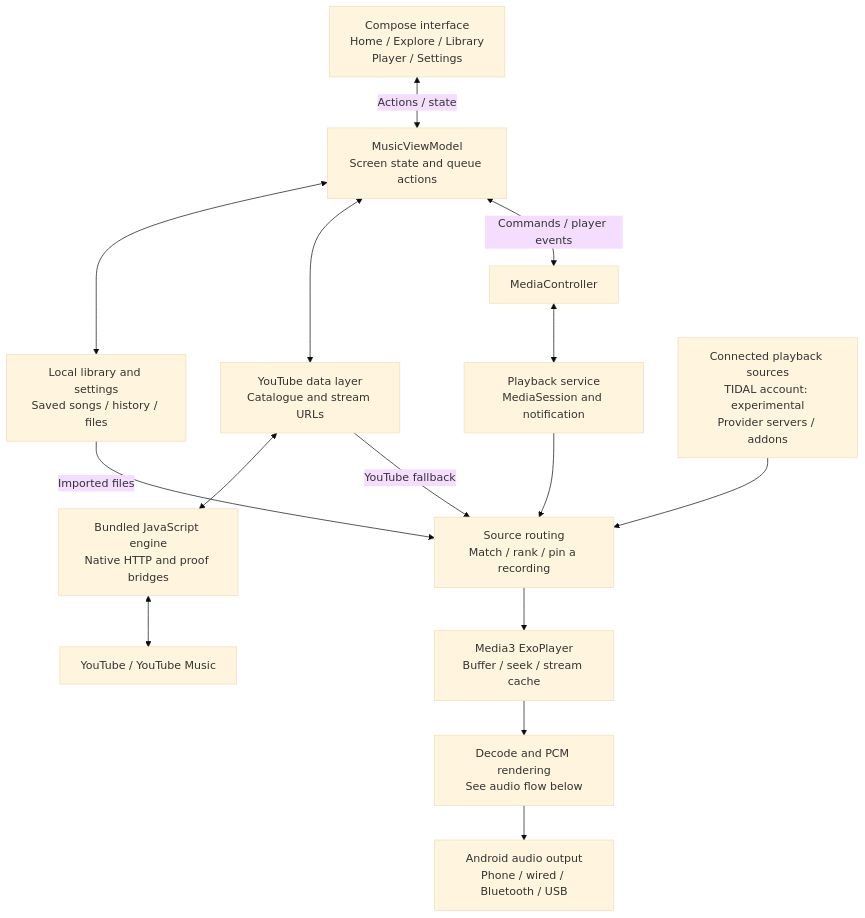
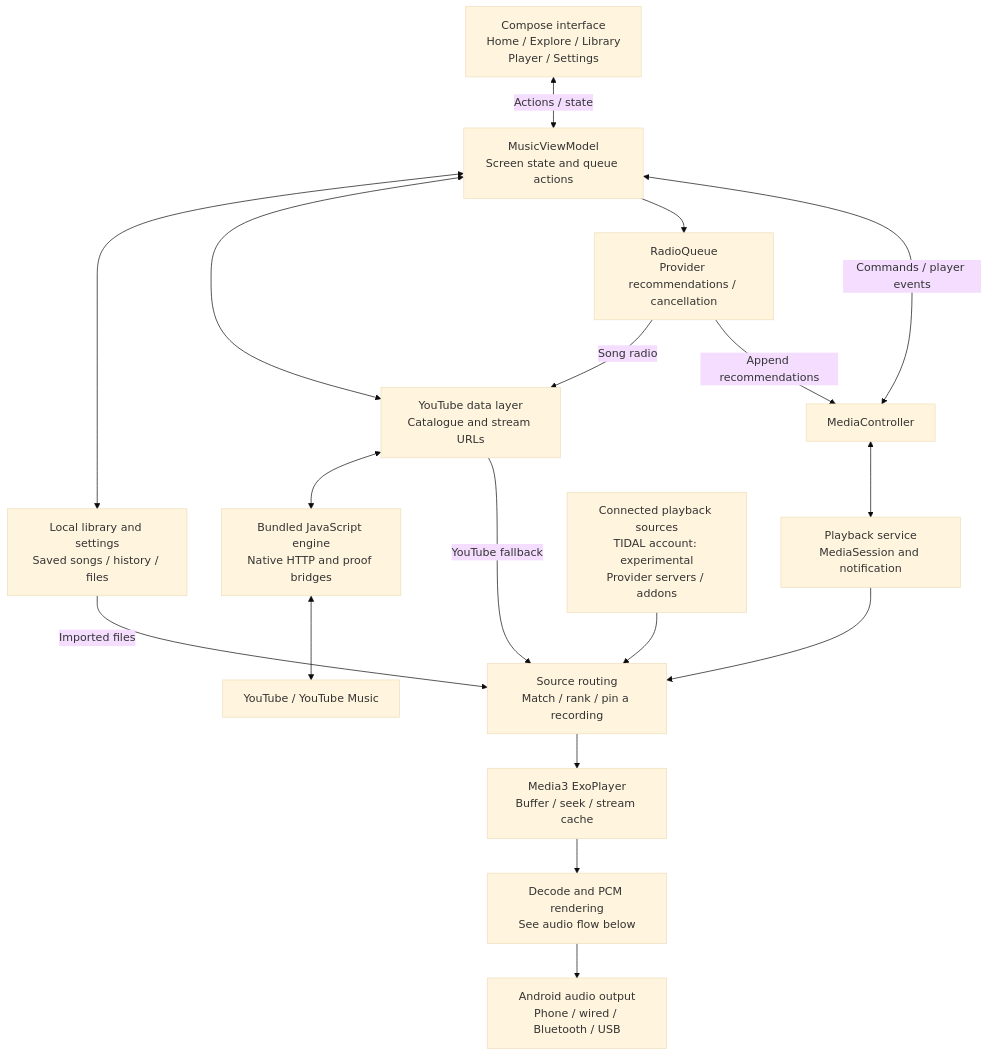
One commit to Pradyumna-RN/omni_play changed the first of 3 diagrams in README.md. Above: the diagram before and after it, drawn with Mermaid (base theme). The commit also changed other lines of this file and 9 other files, not shown here.

````diff
--- a/README.md
+++ b/README.md
@@ -14,19 +14,22 @@
 ```mermaid
 flowchart TB
     UI["Compose interface<br/>Home / Explore / Library<br/>Player / Settings"]
     VM["MusicViewModel<br/>Screen state and queue actions"]
     UI <-->|"Actions / state"| VM
     VM <--> STORE["Local library and settings<br/>Saved songs / history / files"]
     VM <--> YT["YouTube data layer<br/>Catalogue and stream URLs"]
+    VM --> RADIO["RadioQueue<br/>Provider recommendations / cancellation"]
+    RADIO -->|"Song radio"| YT
+    RADIO -->|"Append recommendations"| CONTROL
     YT <--> ENGINE["Bundled JavaScript engine<br/>Native HTTP and proof bridges"]
     ENGINE <--> CLOUD["YouTube / YouTube Music"]
     VM <-->|"Commands / player events"| CONTROL["MediaController"]
     CONTROL <--> SERVICE["Playback service<br/>MediaSession and notification"]
     SERVICE --> SELECT["Source routing<br/>Match / rank / pin a recording"]
     STORE -->|"Imported files"| SELECT
     YT -->|"YouTube fallback"| SELECT
     SOURCES["Connected playback sources<br/>TIDAL account: experimental<br/>Provider servers / addons"] --> SELECT
     SELECT --> PLAYER["Media3 ExoPlayer<br/>Buffer / seek / stream cache"]
     PLAYER --> AUDIO["Decode and PCM rendering<br/>See audio flow below"]
     AUDIO --> OUTPUT["Android audio output<br/>Phone / wired / Bluetooth / USB"]
 ```
````
